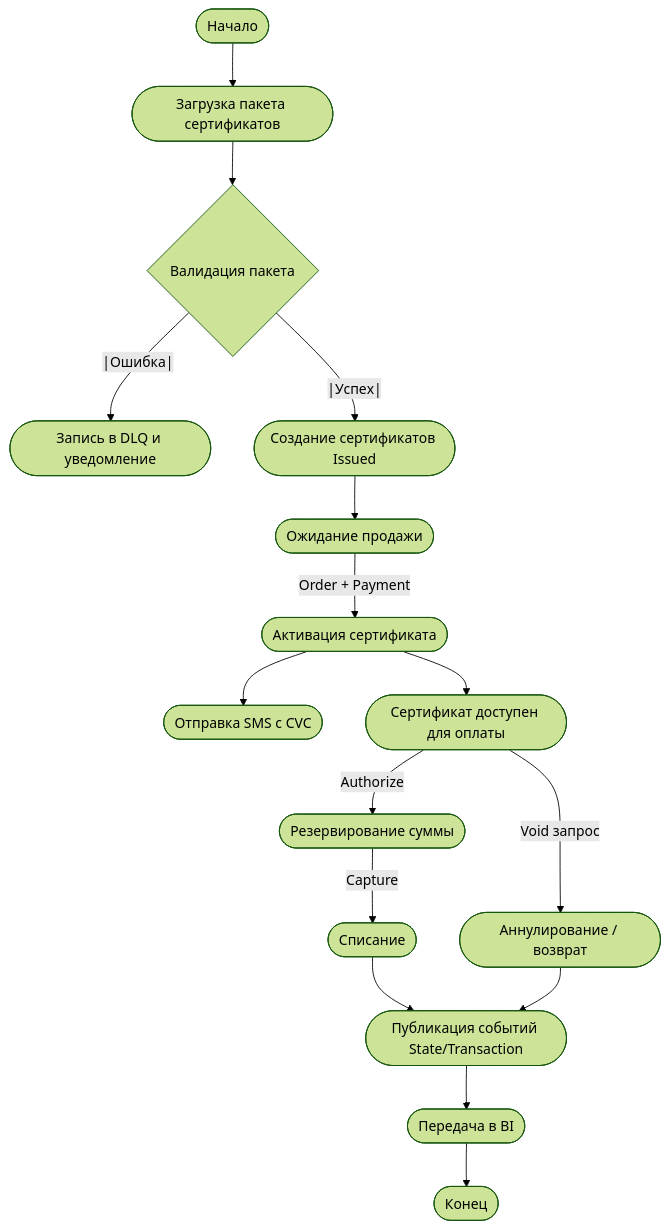
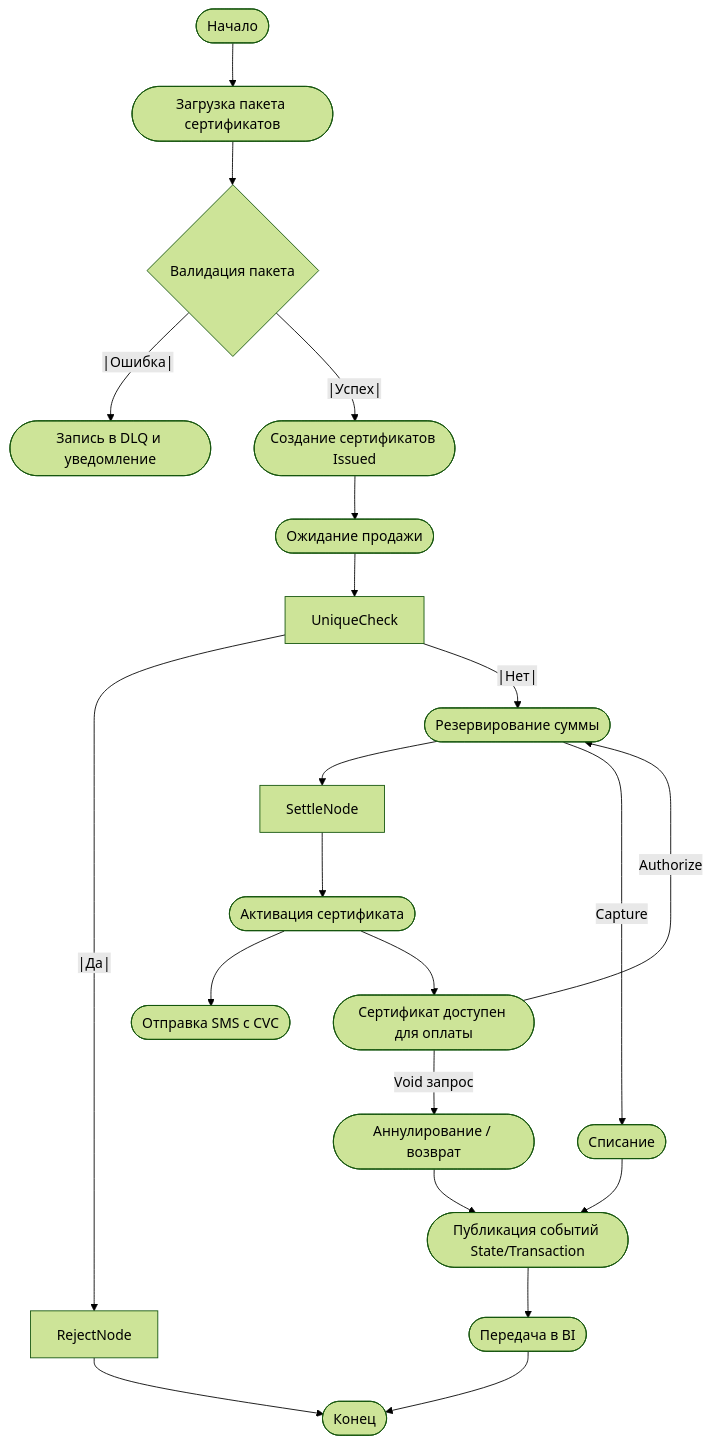
Before and after one commit to dobryakov/gift-certs-example2: the diagram in specs/flow.mmd, drawn with Mermaid (forest theme). The commit also changed 13 other files, not shown here.

```diff
--- a/specs/flow.mmd
+++ b/specs/flow.mmd
@@ -1,32 +1,37 @@
 flowchart TD
   Start(["Начало"])
   Upload(["Загрузка пакета сертификатов"])
   Validate{Валидация пакета}
   DLQ(["Запись в DLQ и уведомление"])
   IssueNode(["Создание сертификатов Issued"])
   WaitSaleNode(["Ожидание продажи"])
   Activate(["Активация сертификата"])
   NotifySMS(["Отправка SMS с CVC"])
   Available(["Сертификат доступен для оплаты"])
   AuthorizeNode(["Резервирование суммы"])
   CaptureNode(["Списание"])
   VoidNode(["Аннулирование / возврат"])
   Publish(["Публикация событий State/Transaction"])
   BI(["Передача в BI"])
   End(["Конец"])
 
   Start --> Upload
   Upload --> Validate
   Validate --|Ошибка|--> DLQ
   Validate --|Успех|--> IssueNode
   IssueNode --> WaitSaleNode
-  WaitSaleNode -->|Order + Payment| Activate
+  WaitSaleNode --> UniqueCheck
+  UniqueCheck --|Да|--> RejectNode
+  UniqueCheck --|Нет|--> AuthorizeNode
+  AuthorizeNode --> SettleNode
+  SettleNode --> Activate
+  RejectNode --> End
   Activate --> NotifySMS
   Activate --> Available
   Available -->|Authorize| AuthorizeNode
   AuthorizeNode -->|Capture| CaptureNode
   CaptureNode --> Publish
   Available -->|Void запрос| VoidNode
   VoidNode --> Publish
   Publish --> BI
   BI --> End
```
